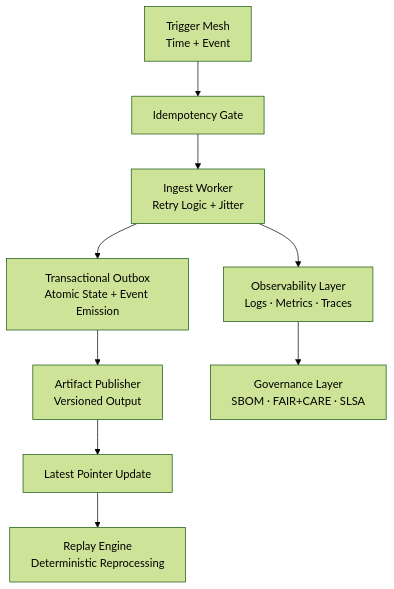
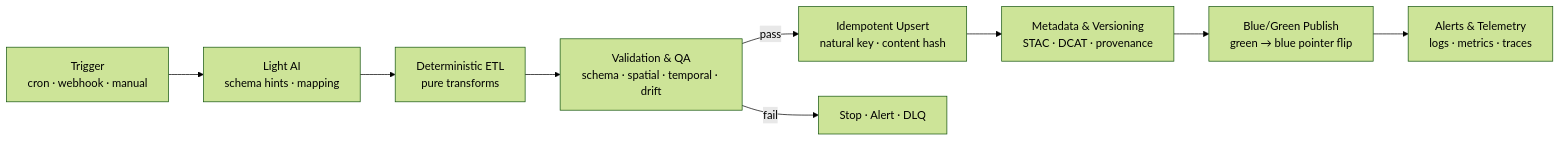
One commit to bartytime4life/Kansas-Frontier-Matrix changed the first of 2 diagrams in src/pipelines/architecture/reliable-pipelines.md. Above: the diagram before and after it, drawn with Mermaid (forest theme). The commit also changed other lines of this file, not shown here.

````diff
--- a/src/pipelines/architecture/reliable-pipelines.md
+++ b/src/pipelines/architecture/reliable-pipelines.md
@@ -260,11 +534,11 @@
-~~~~~mermaid
-flowchart TD
-  A["Trigger Mesh<br/>Time + Event"] --> B["Idempotency Gate"]
-  B --> C["Ingest Worker<br/>Retry Logic + Jitter"]
-  C --> D["Transactional Outbox<br/>Atomic State + Event Emission"]
-  D --> E["Artifact Publisher<br/>Versioned Output"]
-  E --> F["Latest Pointer Update"]
-  F --> G["Replay Engine<br/>Deterministic Reprocessing"]
-  C --> H["Observability Layer<br/>Logs · Metrics · Traces"]
-  H --> I["Governance Layer<br/>SBOM · FAIR+CARE · SLSA"]
-~~~~~
+```mermaid
+flowchart LR
+  A[Trigger<br/>cron · webhook · manual] --> B[Light AI<br/>schema hints · mapping]
+  B --> C[Deterministic ETL<br/>pure transforms]
+  C --> D[Validation & QA<br/>schema · spatial · temporal · drift]
+  D -->|pass| E[Idempotent Upsert<br/>natural key · content hash]
+  D -->|fail| X[Stop · Alert · DLQ]
+  E --> F[Metadata & Versioning<br/>STAC · DCAT · provenance]
+  F --> G[Blue/Green Publish<br/>green → blue pointer flip]
+  G --> H[Alerts & Telemetry<br/>logs · metrics · traces]
+```
````
